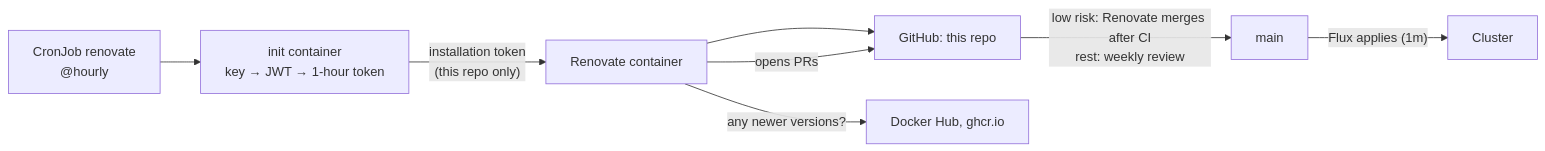
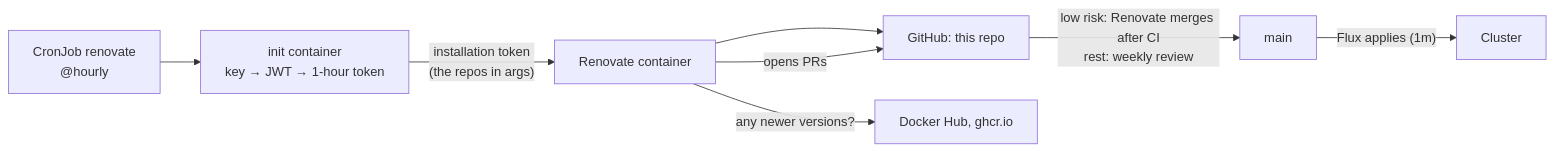
Before and after one commit to turpinator-x/homelab: the sixth of 6 diagrams in docs/gitops-apps.md, drawn with Mermaid. The commit also changed other lines of this file and 1 other file, not shown here.

Commit message:
docs: say Renovate covers 13 repos, not just this one

````diff
--- a/docs/gitops-apps.md
+++ b/docs/gitops-apps.md
@@ -218,10 +218,10 @@
 ```mermaid
 flowchart LR
     C["CronJob renovate<br>@hourly"] --> I["init container<br>key → JWT → 1-hour token"]
-    I -- "installation token<br>(this repo only)" --> J["Renovate container"]
+    I -- "installation token<br>(the repos in args)" --> J["Renovate container"]
     J --> GH["GitHub: this repo"]
     J -- "any newer versions?" --> R["Docker Hub, ghcr.io"]
     J -- "opens PRs" --> GH
     GH -- "low risk: Renovate merges after CI<br>rest: weekly review" --> M["main"]
     M -- "Flux applies (1m)" --> K["Cluster"]
 ```
````
